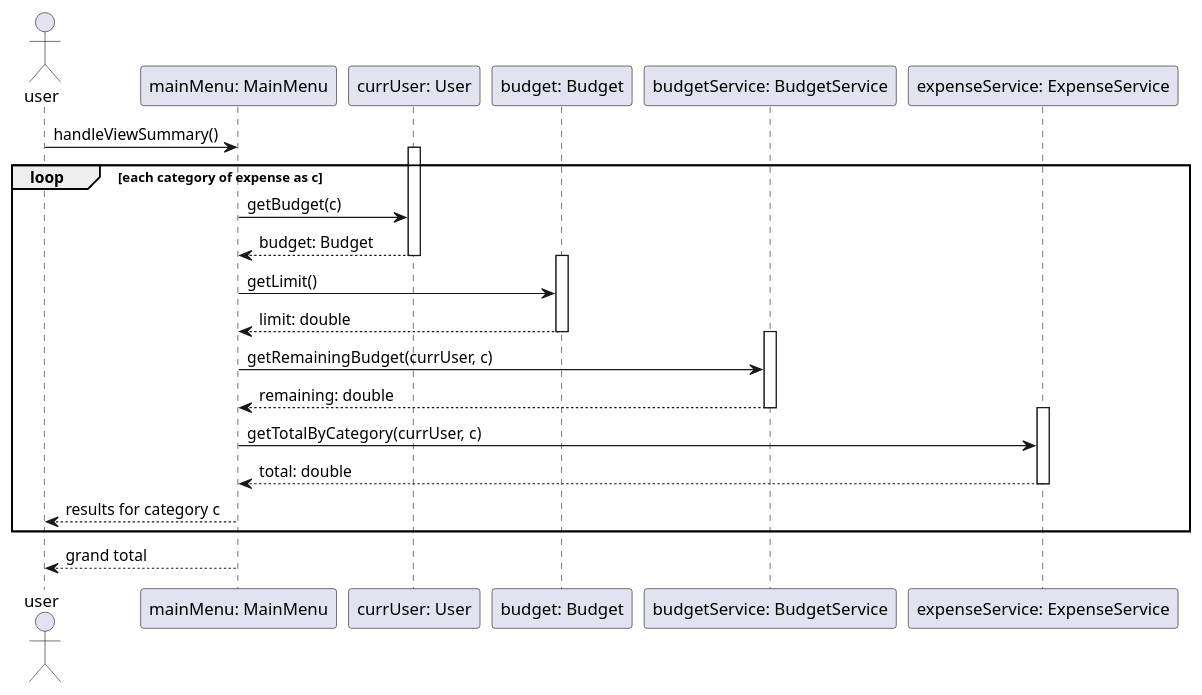
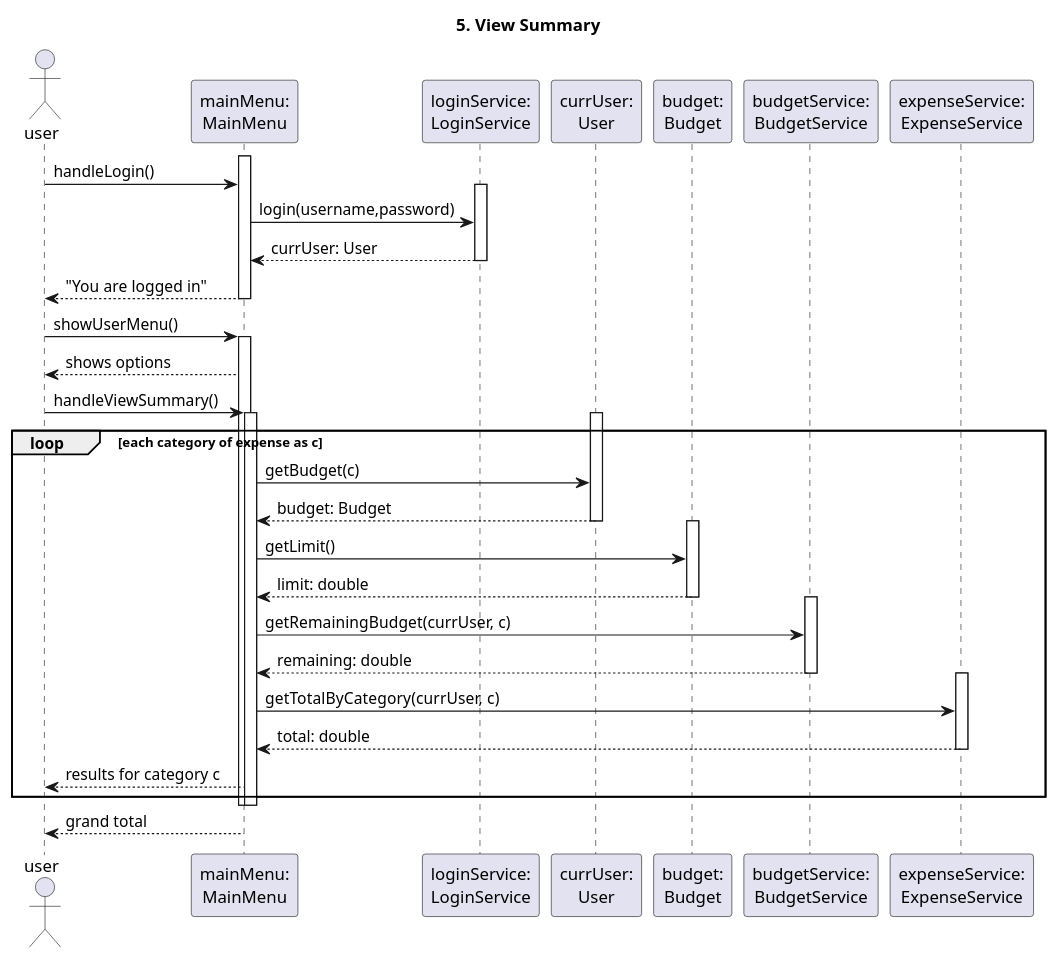
Before and after one commit to subisksbn/OOP_final_financeTracker: the diagram in UML/seq_summary.puml, drawn with PlantUML. The commit also changed 8 other files, not shown here.

Commit message:
Finished Sequence Diagrams for all Use Cases

```diff
--- a/UML/seq_summary.puml
+++ b/UML/seq_summary.puml
@@ -1,43 +1,60 @@
 @startuml
-' -> mainMenu: handleViewSummary()
-' loop over Category.values()
-' -> currentUser (User):    getBudget(category).limit()
-' -> expenseService:    getTotalByCategory(currentUser, category)
-' -> budgetService:     getRemainingBudget(currentUser, category)
+title 5. View Summary
 actor user
-participant "mainMenu: MainMenu" as mainMenu
-participant "currUser: User" as currUser
-participant "budget: Budget" as budget
-participant "budgetService: BudgetService" as budgetService
-participant "expenseService: ExpenseService" as expenseService
+participant "mainMenu:\nMainMenu" as mainMenu
+participant "loginService:\nLoginService" as loginService
+participant "currUser:\nUser" as currUser
+participant "budget:\nBudget" as budget
+participant "budgetService:\nBudgetService" as budgetService
+participant "expenseService:\nExpenseService" as expenseService
 'participant "loginService: LoginService" as loginService
 
-user -> mainMenu: handleViewSummary()
-'mainMenu -> Category: values()
-loop each category of expense as c
-    activate currUser
-        mainMenu -> currUser: getBudget(c)
-        currUser --> mainMenu: budget: Budget
-    deactivate currUser
+' FIRST login
+activate mainMenu
+user -> mainMenu: handleLogin()
+    activate loginService
+        mainMenu -> loginService: login(username,password)
+        loginService --> mainMenu: currUser: User
+    deactivate loginService
+    mainMenu --> user: "You are logged in"
+deactivate mainMenu
+' now logged in, proceed'
 
-    activate budget
-        mainMenu -> budget: getLimit()
-        budget --> mainMenu: limit: double
-    deactivate budget
+user -> mainMenu: showUserMenu()
+activate mainMenu
+    ' User chooses 5. View summary
+    mainMenu --> user: shows options
 
-    activate budgetService
-    mainMenu -> budgetService: getRemainingBudget(currUser, c)
-    budgetService --> mainMenu: remaining: double
-    deactivate budgetService
+    user -> mainMenu: handleViewSummary()
+    activate mainMenu
+        'mainMenu -> Category: values()
+        loop each category of expense as c
+            activate currUser
+                mainMenu -> currUser: getBudget(c)
+                currUser --> mainMenu: budget: Budget
+            deactivate currUser
 
-    activate expenseService
-    mainMenu -> expenseService: getTotalByCategory(currUser, c)
-    expenseService --> mainMenu: total: double
-    deactivate expenseService
+            activate budget
+                mainMenu -> budget: getLimit()
+                budget --> mainMenu: limit: double
+            deactivate budget
 
-    ' result for each category 
-    mainMenu --> user: results for category c
-end
+            activate budgetService
+            mainMenu -> budgetService: getRemainingBudget(currUser, c)
+            budgetService --> mainMenu: remaining: double
+            deactivate budgetService
+
+            activate expenseService
+            mainMenu -> expenseService: getTotalByCategory(currUser, c)
+            expenseService --> mainMenu: total: double
+            deactivate expenseService
+
+            ' result for each category 
+            mainMenu --> user: results for category c
+        end
+    deactivate mainMenu
+
+deactivate mainMenu
 
 mainMenu --> user: grand total 
 @enduml
```
